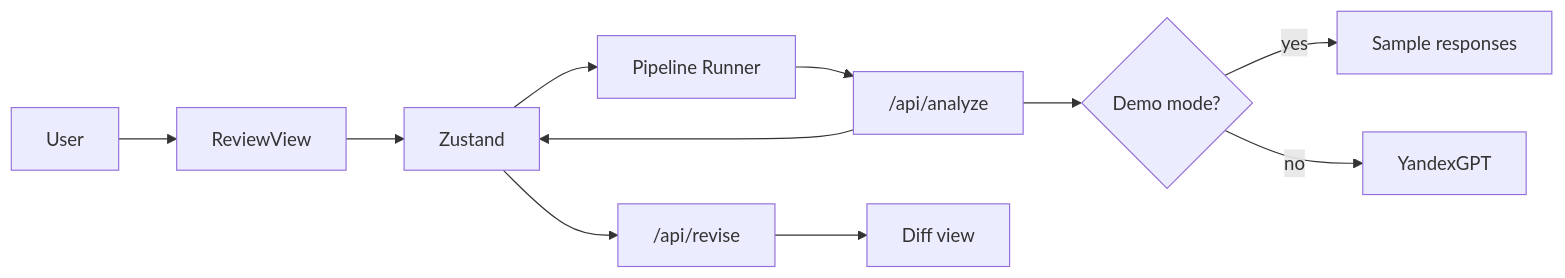
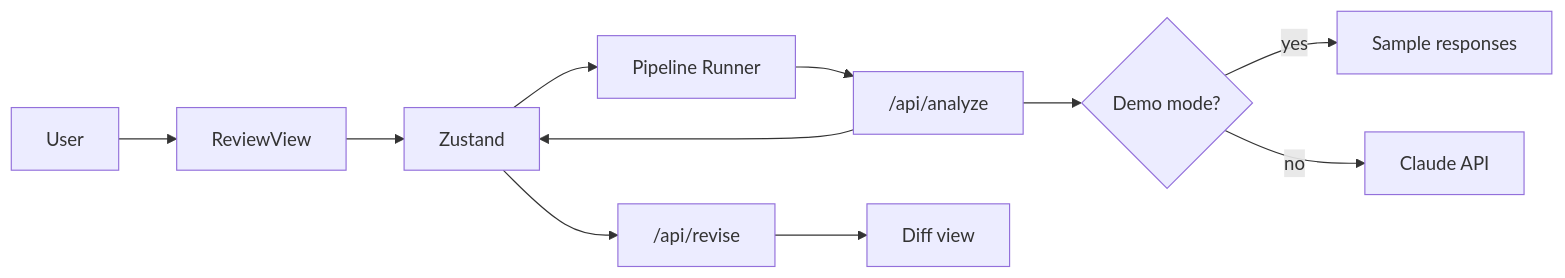
One commit to daniilgrebnev/doc-ai-review changed the diagram in README.md. Above: the diagram before and after it, drawn with Mermaid. The commit also changed other lines of this file and 20 other files, not shown here.

First line of the commit message:
Switch LLM integration from YandexGPT to Claude API

````diff
--- a/README.md
+++ b/README.md
@@ -58,13 +60,13 @@
 ```mermaid
 flowchart LR
   User[User] --> UI[ReviewView]
   UI --> Store[Zustand]
   Store --> Runner[Pipeline Runner]
   Runner --> Analyze["/api/analyze"]
   Analyze --> Demo{Demo mode?}
   Demo -->|yes| Mock[Sample responses]
-  Demo -->|no| YGPT[YandexGPT]
+  Demo -->|no| Claude[Claude API]
   Analyze --> Store
   Store --> Revise["/api/revise"]
   Revise --> Diff[Diff view]
 ```
````
